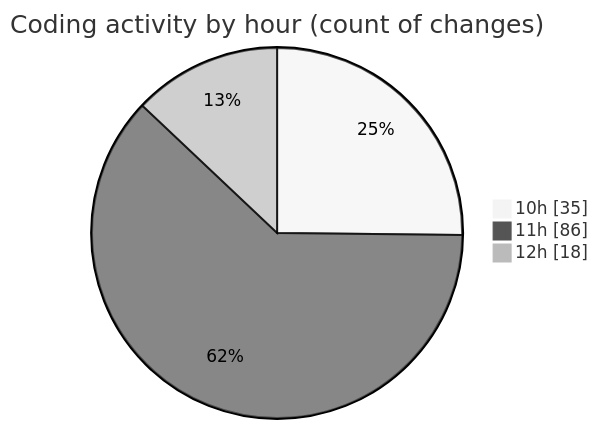
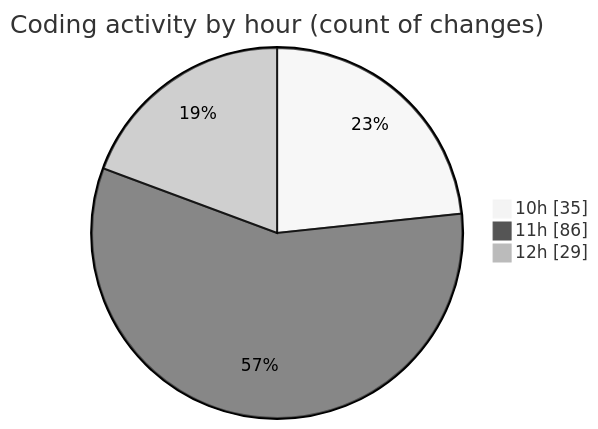
The second of 2 diagrams in 2025-03-28/cda/README.md (momahboobian/code-tracking), drawn with Mermaid (neutral theme) before and after one commit. The commit also changed other lines of this file and 1 other file, not shown here.

````diff
--- a/2025-03-28/cda/README.md
+++ b/2025-03-28/cda/README.md
@@ -32,7 +32,7 @@
 ```mermaid
 pie showData
 title Coding activity by hour (count of changes)
 "10h" : 35
 "11h" : 86
-"12h" : 18
+"12h" : 29
 ```
````
